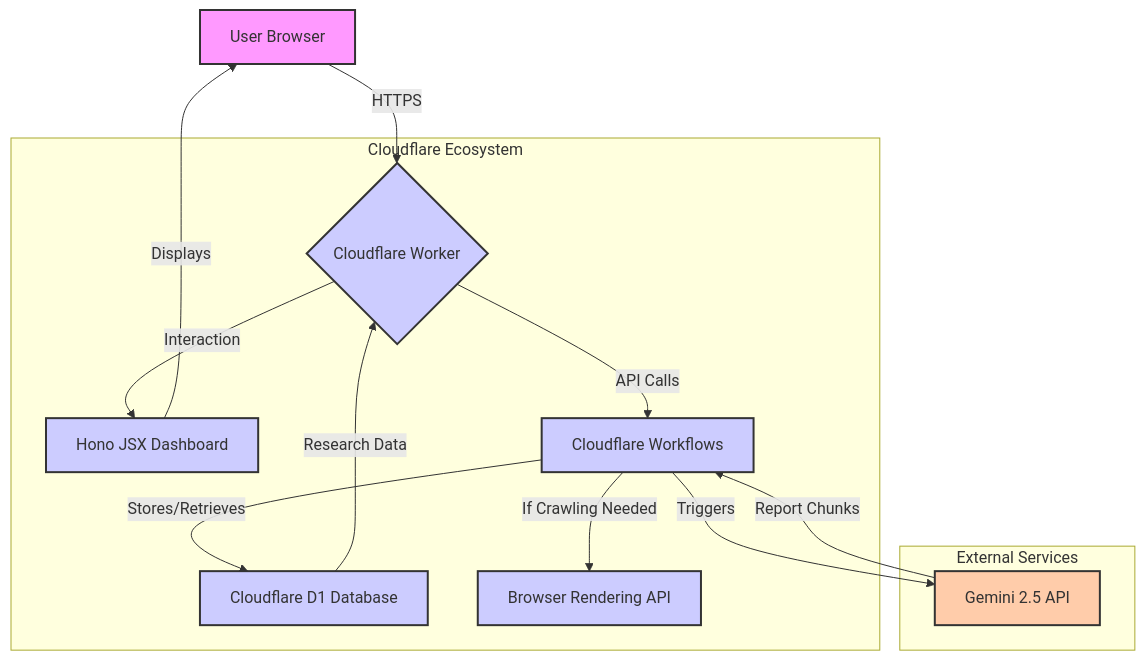
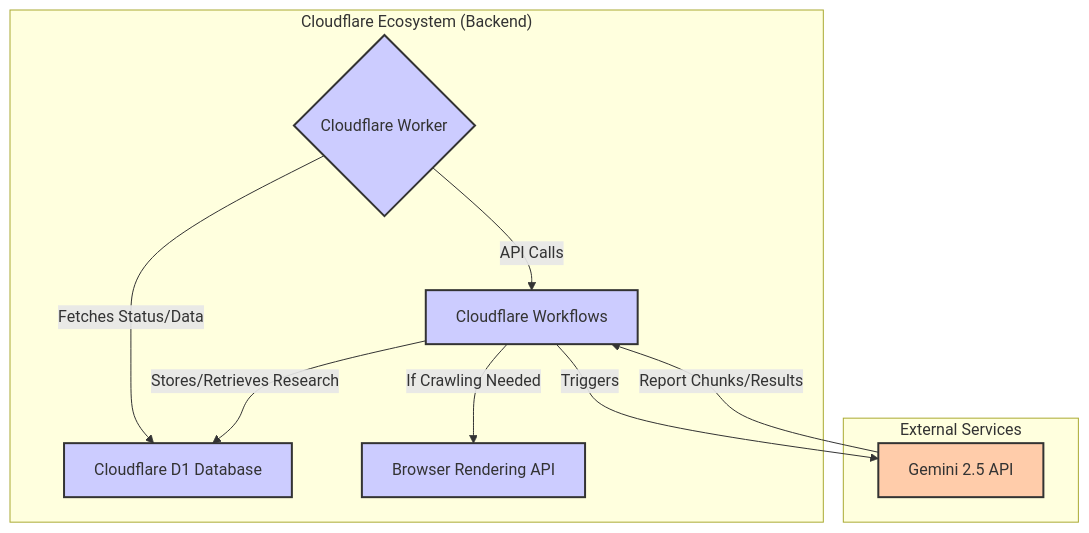
One commit to G4brym/workers-research changed the first of 2 diagrams in README.md. Above: the diagram before and after it, drawn with Mermaid. The commit also changed other lines of this file, not shown here.

Commit message:
Fix: Correct and simplify Mermaid diagrams in README
This commit addresses feedback on the Mermaid diagrams in README.md:

1.  **Simplified System Architecture Chart:**
    *   Removed frontend-specific components (User Browser, Hono JSX Dashboard) from the main system architecture diagram to reduce complexity and focus on backend interactions.
    *   Updated the subgraph title to "Cloudflare Ecosystem (Backend)".

2.  **Corrected Research Workflow Chart:**
    *   Fixed a parsing error that occurred during rendering on GitHub by replacing HTML `<br/>` tags within node labels with newline characters (`
`).
    *   Ensured multi-line labels are enclosed in double quotes for correct Mermaid syntax.

These changes improve the accuracy and readability of the diagrams, ensuring they render correctly and provide a clear overview of the project's architecture and workflow.

````diff
--- a/README.md
+++ b/README.md
@@ -47,32 +47,26 @@
 ```mermaid
 graph TD
-    A[User Browser] -- HTTPS --> B{Cloudflare Worker};
-    B -- Interaction --> C[Hono JSX Dashboard];
-    B -- API Calls --> D[Cloudflare Workflows];
+    B{Cloudflare Worker} -- API Calls --> D[Cloudflare Workflows];
+    B -- Fetches Status/Data --> F[Cloudflare D1 Database];
     D -- Triggers --> E[Gemini 2.5 API];
-    D -- Stores/Retrieves --> F[Cloudflare D1 Database];
+    D -- Stores/Retrieves Research --> F;
     D -- If Crawling Needed --> G[Browser Rendering API];
-    E -- Report Chunks --> D;
-    F -- Research Data --> B;
-    C -- Displays --> A;
+    E -- Report Chunks/Results --> D;
 
-    subgraph "Cloudflare Ecosystem"
+    subgraph "Cloudflare Ecosystem (Backend)"
         B
-        C
         D
         F
         G
     end
 
     subgraph "External Services"
         E
     end
 
-    style A fill:#f9f,stroke:#333,stroke-width:2px;
     style B fill:#ccf,stroke:#333,stroke-width:2px;
-    style C fill:#ccf,stroke:#333,stroke-width:2px;
     style D fill:#ccf,stroke:#333,stroke-width:2px;
     style E fill:#fca,stroke:#333,stroke-width:2px;
     style F fill:#ccf,stroke:#333,stroke-width:2px;
     style G fill:#ccf,stroke:#333,stroke-width:2px;
 ```
````
